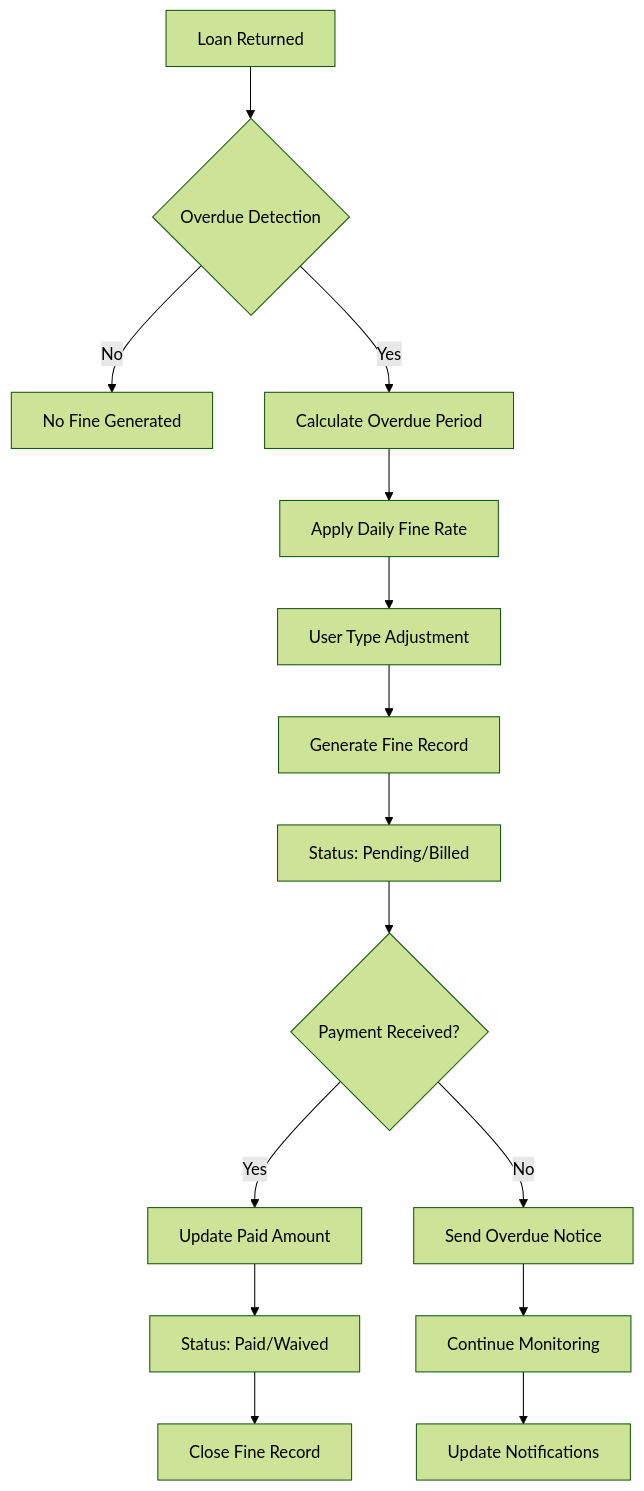
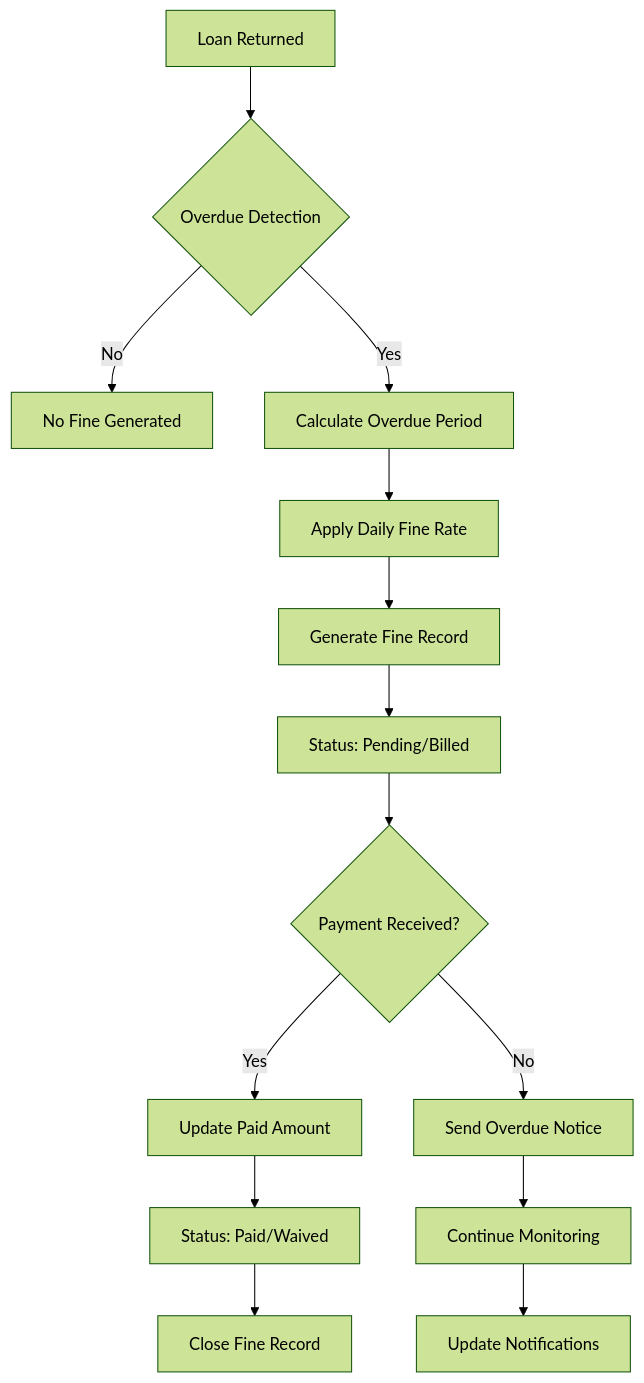
One commit to geniusdynamics/schoolpilot changed the fifth of 12 diagrams in .qoder/repowiki/en/content/Modules System/Library Module.md. Above: the diagram before and after it, drawn with Mermaid (forest theme). The commit also changed other lines of this file and 54 other files, not shown here.

````diff
--- a/.qoder/repowiki/en/content/Modules System/Library Module.md
+++ b/.qoder/repowiki/en/content/Modules System/Library Module.md
@@ -281,17 +377,16 @@
 ```mermaid
 flowchart TD
 A[Loan Returned] --> B{Overdue Detection}
 B --> |No| C[No Fine Generated]
 B --> |Yes| D[Calculate Overdue Period]
 D --> E[Apply Daily Fine Rate]
-E --> F[User Type Adjustment]
-F --> G[Generate Fine Record]
-G --> H[Status: Pending/Billed]
-H --> I{Payment Received?}
-I --> |Yes| J[Update Paid Amount]
-J --> K[Status: Paid/Waived]
-I --> |No| L[Send Overdue Notice]
-L --> M[Continue Monitoring]
-K --> N[Close Fine Record]
-M --> O[Update Notifications]
+E --> F[Generate Fine Record]
+F --> G[Status: Pending/Billed]
+G --> H{Payment Received?}
+H --> |Yes| I[Update Paid Amount]
+I --> J[Status: Paid/Waived]
+H --> |No| K[Send Overdue Notice]
+K --> L[Continue Monitoring]
+J --> M[Close Fine Record]
+L --> N[Update Notifications]
 ```
````
